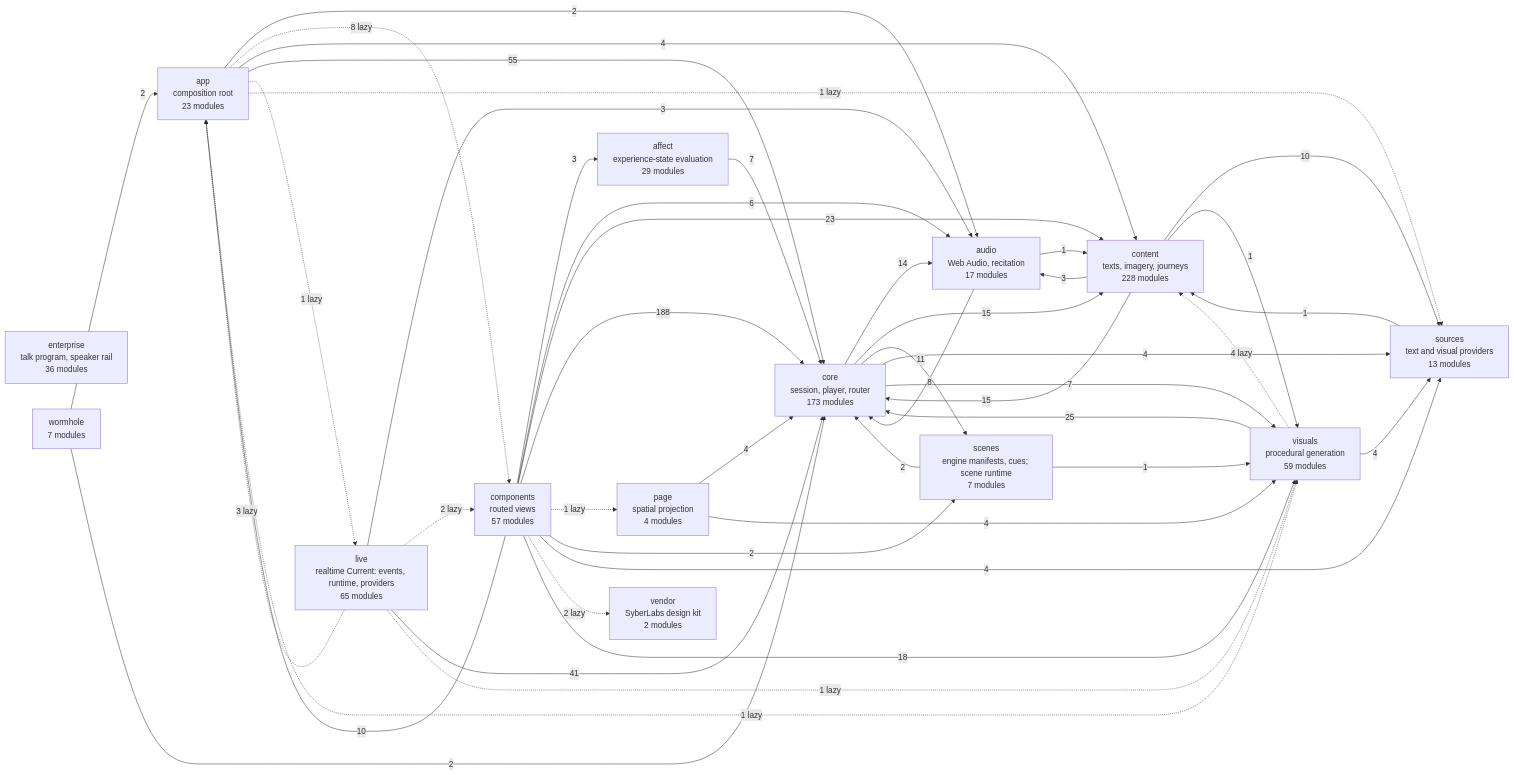
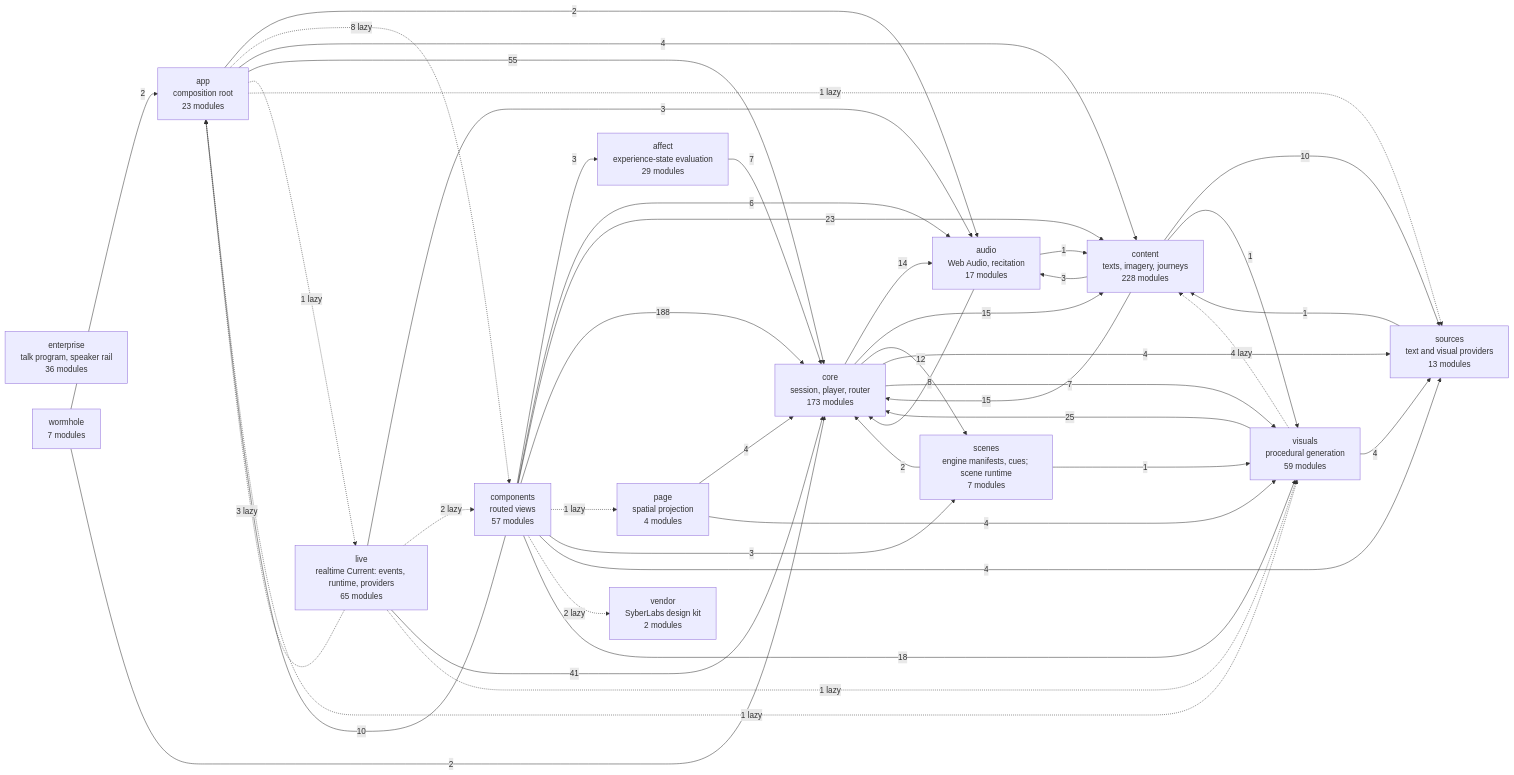
One commit to SyberLabs/RISE changed the diagram in docs/specs/ARCHITECTURE.md. Above: the diagram before and after it, drawn with Mermaid. The commit also changed 35 other files, not shown here.

````diff
--- a/docs/specs/ARCHITECTURE.md
+++ b/docs/specs/ARCHITECTURE.md
@@ -161,62 +161,62 @@
 ```mermaid
 flowchart LR
     affect["affect<br/>experience-state evaluation<br/>29 modules"]
     app["app<br/>composition root<br/>23 modules"]
     audio["audio<br/>Web Audio, recitation<br/>17 modules"]
     components["components<br/>routed views<br/>57 modules"]
     content["content<br/>texts, imagery, journeys<br/>228 modules"]
     core["core<br/>session, player, router<br/>173 modules"]
     enterprise["enterprise<br/>talk program, speaker rail<br/>36 modules"]
     live["live<br/>realtime Current: events, runtime, providers<br/>65 modules"]
     page["page<br/>spatial projection<br/>4 modules"]
     scenes["scenes<br/>engine manifests, cues; scene runtime<br/>7 modules"]
     sources["sources<br/>text and visual providers<br/>13 modules"]
     vendor["vendor<br/>SyberLabs design kit<br/>2 modules"]
     visuals["visuals<br/>procedural generation<br/>59 modules"]
     wormhole["wormhole<br/>7 modules"]
 
     affect --> |7| core
     app --> |2| audio
     app -.-> |8 lazy| components
     app --> |4| content
     app --> |55| core
     app -.-> |1 lazy| live
     app -.-> |1 lazy| sources
     app -.-> |1 lazy| visuals
     audio --> |1| content
     audio --> |8| core
     components --> |3| affect
     components --> |10| app
     components --> |6| audio
     components --> |23| content
     components --> |188| core
     components -.-> |1 lazy| page
-    components --> |2| scenes
+    components --> |3| scenes
     components --> |4| sources
     components -.-> |2 lazy| vendor
     components --> |18| visuals
     content --> |3| audio
     content --> |15| core
     content --> |10| sources
     content --> |1| visuals
     core --> |14| audio
     core --> |15| content
-    core --> |11| scenes
+    core --> |12| scenes
     core --> |4| sources
     core --> |7| visuals
     live -.-> |3 lazy| app
     live --> |3| audio
     live -.-> |2 lazy| components
     live --> |41| core
     live -.-> |1 lazy| visuals
     page --> |4| core
     page --> |4| visuals
     scenes --> |2| core
     scenes --> |1| visuals
     sources --> |1| content
     visuals -.-> |4 lazy| content
     visuals --> |25| core
     visuals --> |4| sources
     wormhole --> |2| app
     wormhole --> |2| core
 ```
````
